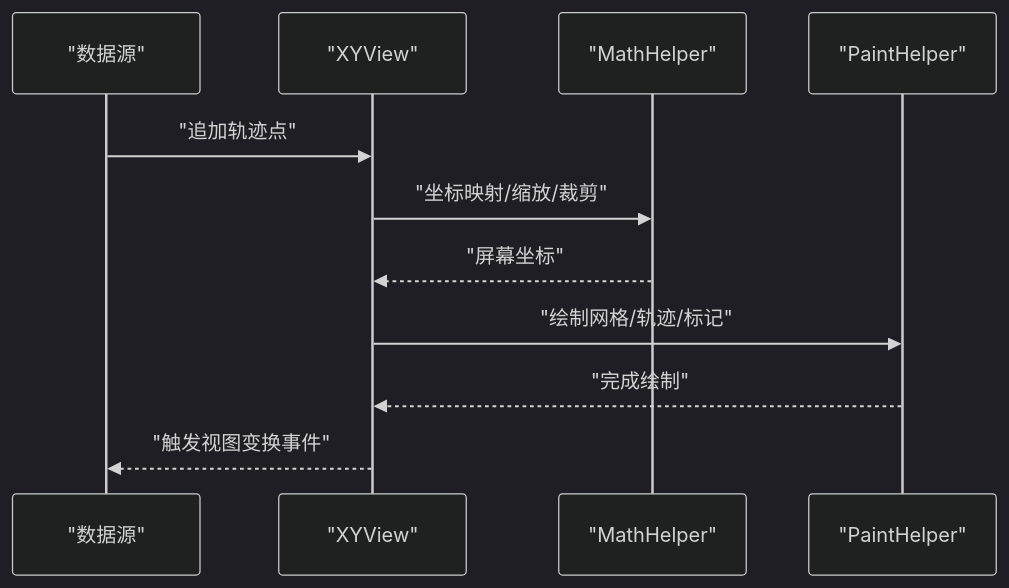
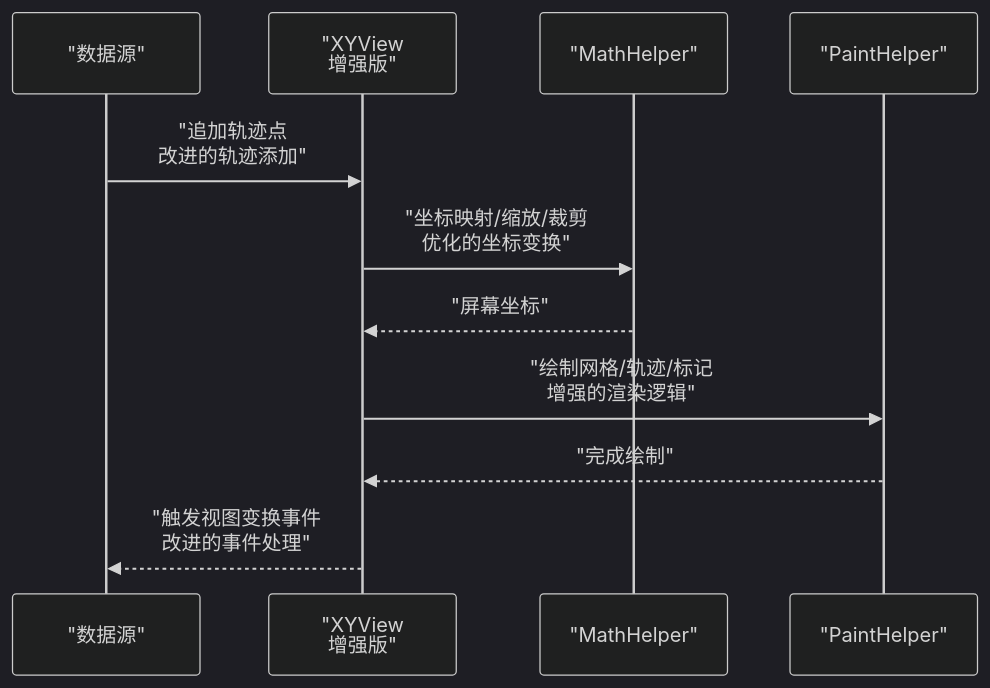
Before and after one commit to fuweiq94-cloud/3399180760: the seventh of 9 diagrams in .qoder/repowiki/zh/content/API参考文档/控件库API.md, drawn with Mermaid (dark theme). The commit also changed other lines of this file and 22 other files, not shown here.

````diff
--- a/.qoder/repowiki/zh/content/API参考文档/控件库API.md
+++ b/.qoder/repowiki/zh/content/API参考文档/控件库API.md
@@ -363,13 +404,13 @@
 ```mermaid
 sequenceDiagram
 participant Data as "数据源"
-participant View as "XYView"
+participant View as "XYView<br/>增强版"
 participant Tool as "MathHelper"
 participant Draw as "PaintHelper"
-Data->>View : "追加轨迹点"
-View->>Tool : "坐标映射/缩放/裁剪"
+Data->>View : "追加轨迹点<br/>改进的轨迹添加"
+View->>Tool : "坐标映射/缩放/裁剪<br/>优化的坐标变换"
 Tool-->>View : "屏幕坐标"
-View->>Draw : "绘制网格/轨迹/标记"
+View->>Draw : "绘制网格/轨迹/标记<br/>增强的渲染逻辑"
 Draw-->>View : "完成绘制"
-View-->>Data : "触发视图变换事件"
+View-->>Data : "触发视图变换事件<br/>改进的事件处理"
 ```
````
